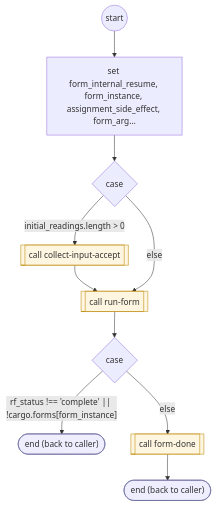
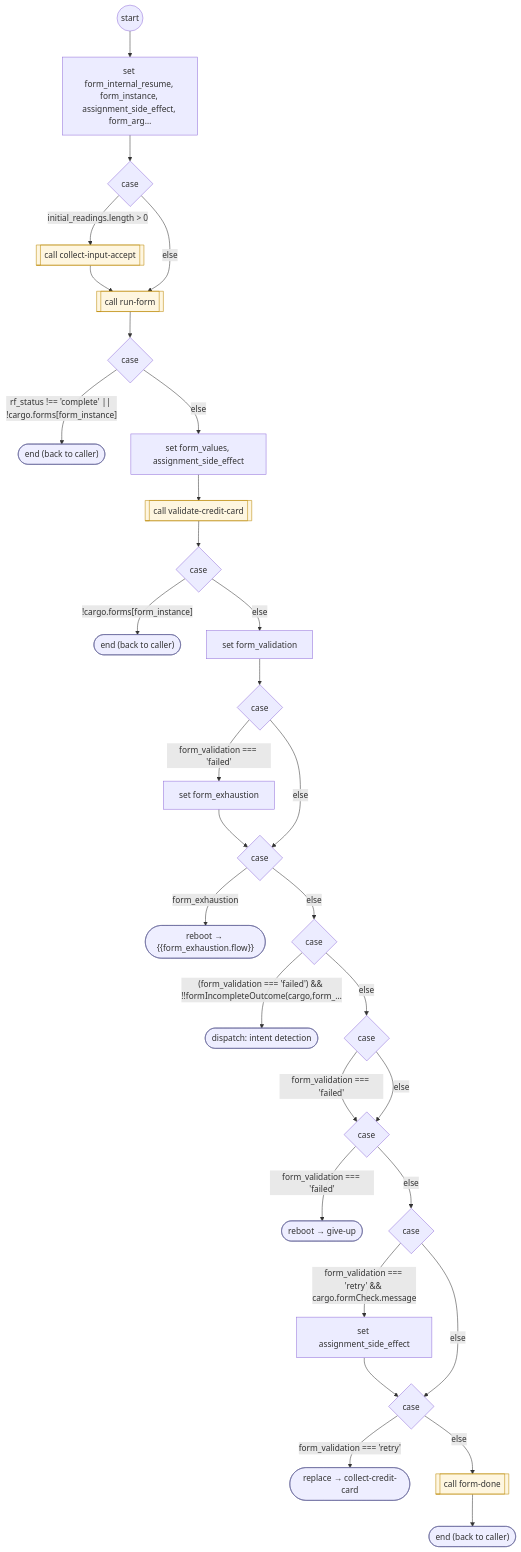
One commit to ronpinkas/jsfe changed the second of 2 diagrams in docs/flows/system/collect-credit-card.md. Above: the diagram before and after it, drawn with Mermaid. The commit also changed other lines of this file and 10 other files, not shown here.

Commit message:
jsfe flows: reference copy of the prod shared sets from AIDevelopment cab71fe

````diff
--- a/docs/flows/system/collect-credit-card.md
+++ b/docs/flows/system/collect-credit-card.md
@@ -42,30 +42,75 @@
 ```mermaid
 flowchart TD
    START(("start"))
    n0["set form_internal_resume, form_instance, assignment_side_effect, form_arg…"]
    START --> n0
    c1{"case"}
    n0 --> c1
    b2[["call collect-input-accept"]]
    class b2 flowstep
    c1 -- "initial_readings.length #gt; 0" --> b2
    n3[["call run-form"]]
    class n3 flowstep
    b2 --> n3
    c1 -- "else" --> n3
    c4{"case"}
    n3 --> c4
    b5(["end (back to caller)"])
    class b5 endstep
    c4 -- "rf_status !== 'complete' #124;#124; !cargo.forms[form_instance]" --> b5
-   n6[["call form-done"]]
-   class n6 flowstep
+   n6["set form_values, assignment_side_effect"]
    c4 -- "else" --> n6
+   n7[["call validate-credit-card"]]
+   class n7 flowstep
+   n6 --> n7
+   c8{"case"}
+   n7 --> c8
+   b9(["end (back to caller)"])
+   class b9 endstep
+   c8 -- "!cargo.forms[form_instance]" --> b9
+   n10["set form_validation"]
+   c8 -- "else" --> n10
+   c11{"case"}
+   n10 --> c11
+   b12["set form_exhaustion"]
+   c11 -- "form_validation === 'failed'" --> b12
+   c13{"case"}
+   b12 --> c13
+   c11 -- "else" --> c13
+   b14(["reboot → #123;#123;form_exhaustion.flow#125;#125;"])
+   class b14 endstep
+   c13 -- "form_exhaustion" --> b14
+   c15{"case"}
+   c13 -- "else" --> c15
+   b16(["dispatch: intent detection"])
+   class b16 endstep
+   c15 -- "(form_validation === 'failed') && !!formIncompleteOutcome(cargo,form_…" --> b16
+   c17{"case"}
+   c15 -- "else" --> c17
+   c18{"case"}
+   c17 -- "form_validation === 'failed'" --> c18
+   c17 -- "else" --> c18
+   b19(["reboot → give-up"])
+   class b19 endstep
+   c18 -- "form_validation === 'failed'" --> b19
+   c20{"case"}
+   c18 -- "else" --> c20
+   b21["set assignment_side_effect"]
+   c20 -- "form_validation === 'retry' && cargo.formCheck.message" --> b21
+   c22{"case"}
+   b21 --> c22
+   c20 -- "else" --> c22
+   b23(["replace → collect-credit-card"])
+   class b23 endstep
+   c22 -- "form_validation === 'retry'" --> b23
+   n24[["call form-done"]]
+   class n24 flowstep
+   c22 -- "else" --> n24
    DONE(["end (back to caller)"])
    class DONE endstep
-   n6 --> DONE
+   n24 --> DONE
    classDef endstep fill:#eef,stroke:#669
    classDef toolstep fill:#efe,stroke:#696
    classDef flowstep fill:#fef6e0,stroke:#b80
    classDef inputstep fill:#f3eefc,stroke:#75a
 ```
````
